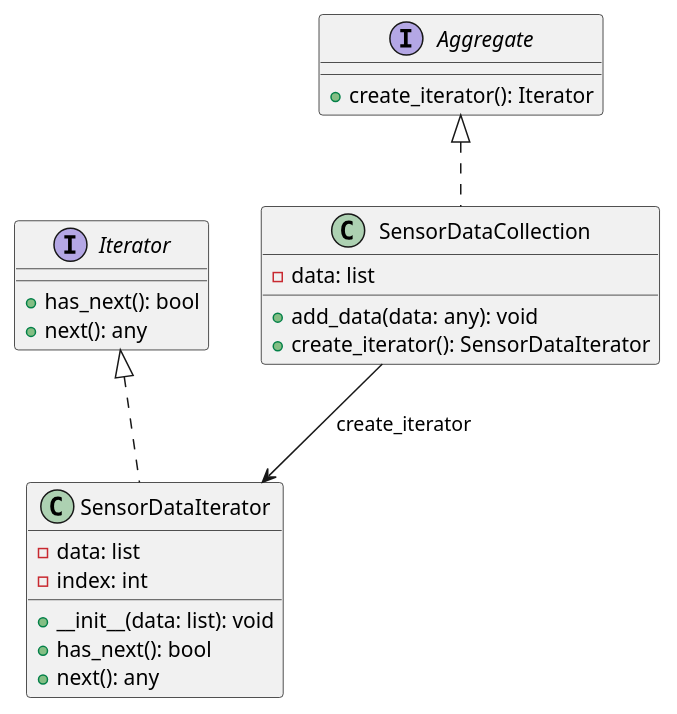
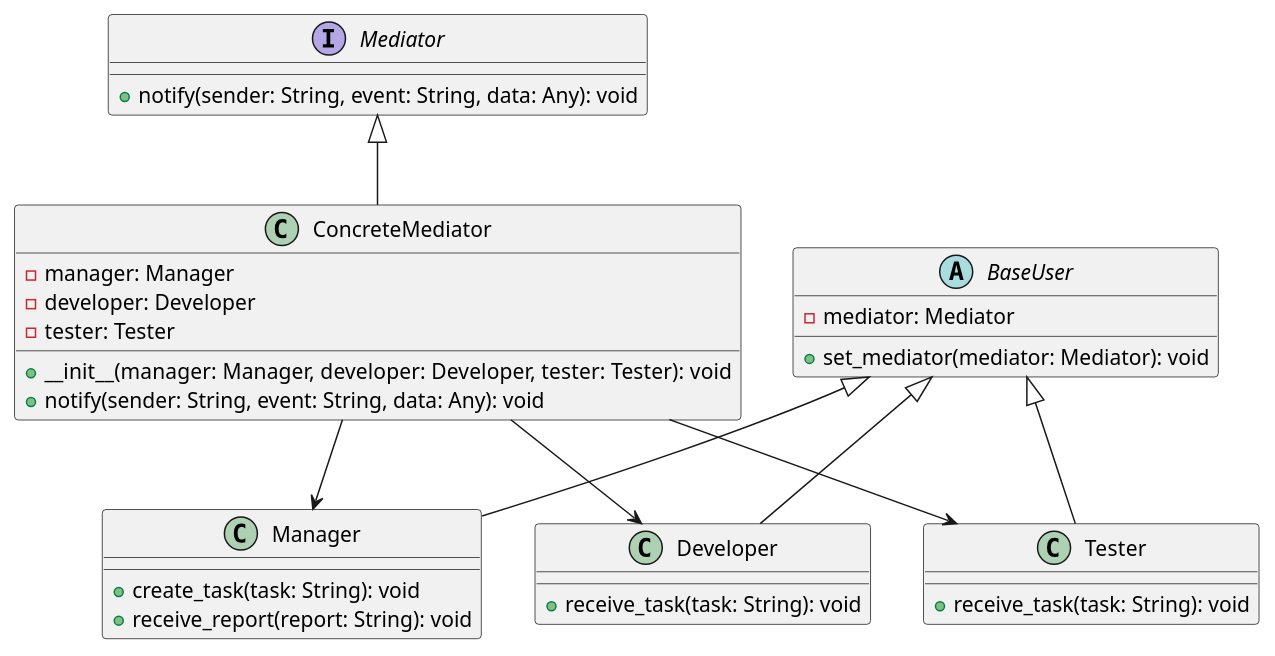
The diagram in klassifikaciya-patternov/povedencheskie-patterny-behavioral-patterns/posrednik-mediator/primery/koordinaciya-zadach-v-sisteme-upravleniya-proektami/python.md (andrewovchinnikov/design-patterns), drawn with PlantUML before and after one commit. The commit also changed other lines of this file and 105 other files, not shown here.

````diff
--- a/klassifikaciya-patternov/povedencheskie-patterny-behavioral-patterns/posrednik-mediator/primery/koordinaciya-zadach-v-sisteme-upravleniya-proektami/python.md
+++ b/klassifikaciya-patternov/povedencheskie-patterny-behavioral-patterns/posrednik-mediator/primery/koordinaciya-zadach-v-sisteme-upravleniya-proektami/python.md
@@ -102,28 +129,41 @@
 ```plantuml
 @startuml
-interface Iterator {
-    +has_next(): bool
-    +next(): any
+interface Mediator {
+    +notify(sender: String, event: String, data: Any): void
 }
 
-interface Aggregate {
-    +create_iterator(): Iterator
+class ConcreteMediator {
+    -manager: Manager
+    -developer: Developer
+    -tester: Tester
+    +__init__(manager: Manager, developer: Developer, tester: Tester): void
+    +notify(sender: String, event: String, data: Any): void
 }
 
-class SensorDataCollection implements Aggregate {
-    -data: list
-    +add_data(data: any): void
-    +create_iterator(): SensorDataIterator
+abstract class BaseUser {
+    -mediator: Mediator
+    +set_mediator(mediator: Mediator): void
 }
 
-class SensorDataIterator implements Iterator {
-    -data: list
-    -index: int
-    +__init__(data: list): void
-    +has_next(): bool
-    +next(): any
+class Manager {
+    +create_task(task: String): void
+    +receive_report(report: String): void
 }
 
-SensorDataCollection --> SensorDataIterator: create_iterator
+class Developer {
+    +receive_task(task: String): void
+}
+
+class Tester {
+    +receive_task(task: String): void
+}
+
+Mediator <|-- ConcreteMediator
+BaseUser <|-- Manager
+BaseUser <|-- Developer
+BaseUser <|-- Tester
+ConcreteMediator --> Manager
+ConcreteMediator --> Developer
+ConcreteMediator --> Tester
 @enduml
 ```
````
